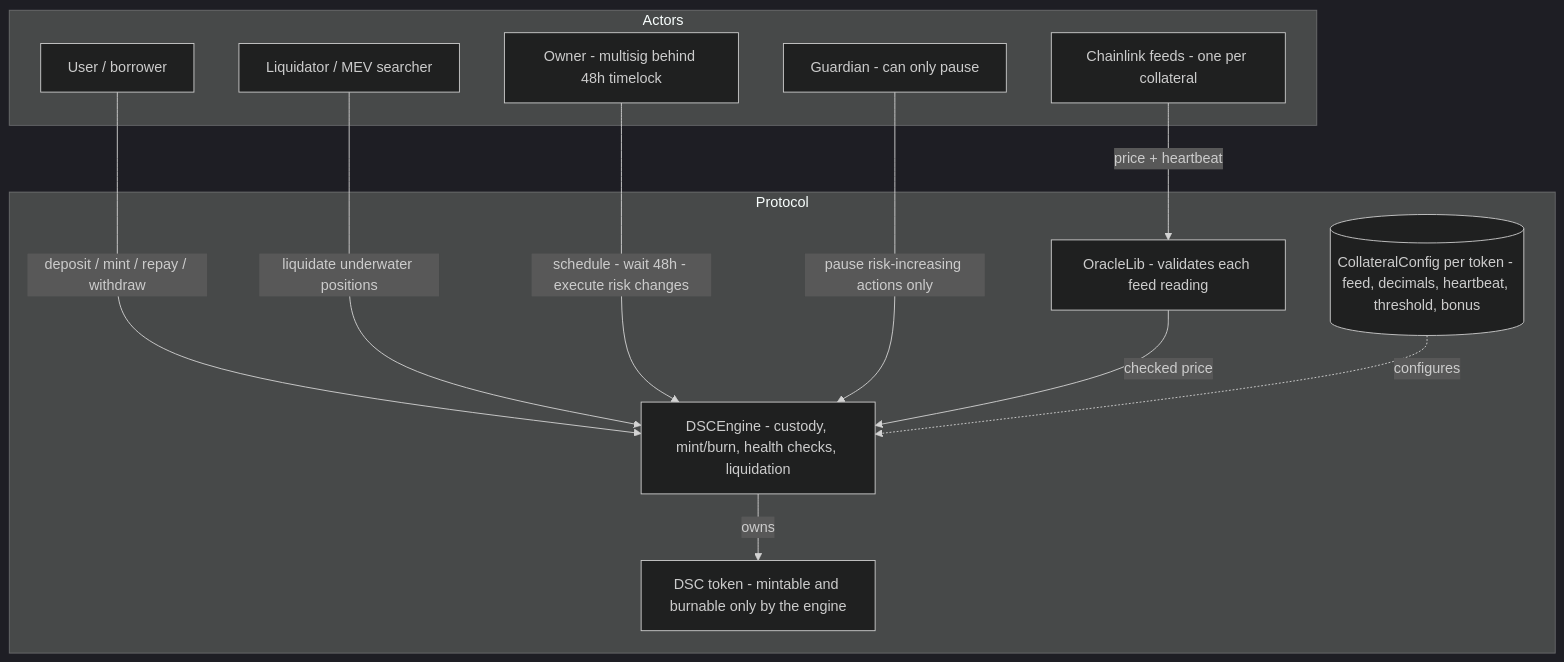
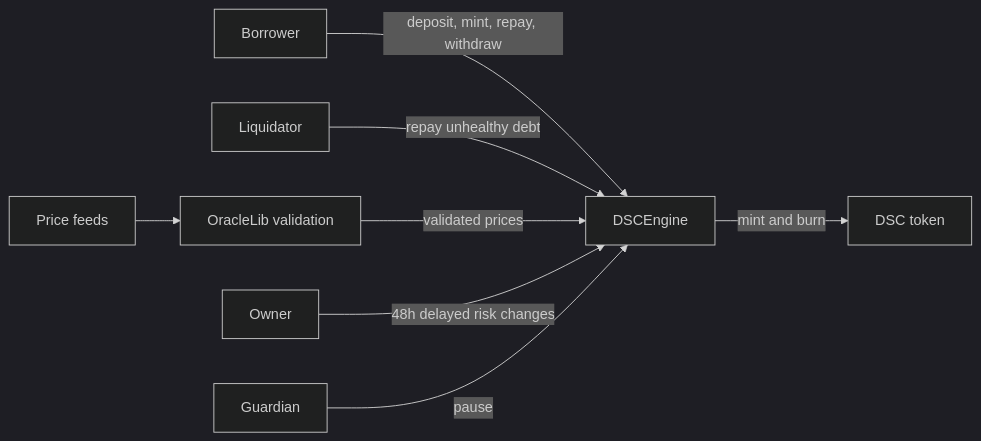
Before and after one commit to imranpollob/stablecoin: the diagram in README.md, drawn with Mermaid (dark theme). The commit also changed other lines of this file and 30 other files, not shown here.

First line of the commit message:
feat: Implement burnFrom restriction to only allow owner to burn DSC tokens

````diff
--- a/README.md
+++ b/README.md
@@ -19,24 +44,10 @@
 ```mermaid
-flowchart TB
-    subgraph Actors
-        U[User / borrower]
-        L[Liquidator / MEV searcher]
-        O[Owner - multisig behind 48h timelock]
-        G[Guardian - can only pause]
-        F[Chainlink feeds - one per collateral]
-    end
-    subgraph Protocol
-        E[DSCEngine - custody, mint/burn, health checks, liquidation]
-        D[DSC token - mintable and burnable only by the engine]
-        ORA[OracleLib - validates each feed reading]
-        CFG[(CollateralConfig per token - feed, decimals, heartbeat, threshold, bonus)]
-    end
-    U -->|deposit / mint / repay / withdraw| E
-    L -->|liquidate underwater positions| E
-    O -->|schedule - wait 48h - execute risk changes| E
-    G -->|pause risk-increasing actions only| E
-    F -->|price + heartbeat| ORA
-    ORA -->|checked price| E
-    E -->|owns| D
-    CFG -.->|configures| E
+flowchart LR
+    Borrower -->|deposit, mint, repay, withdraw| Engine[DSCEngine]
+    Liquidator -->|repay unhealthy debt| Engine
+    Feeds[Price feeds] --> Oracle[OracleLib validation]
+    Oracle -->|validated prices| Engine
+    Engine -->|mint and burn| DSC[DSC token]
+    Owner -->|48h delayed risk changes| Engine
+    Guardian -->|pause| Engine
 ```
````
